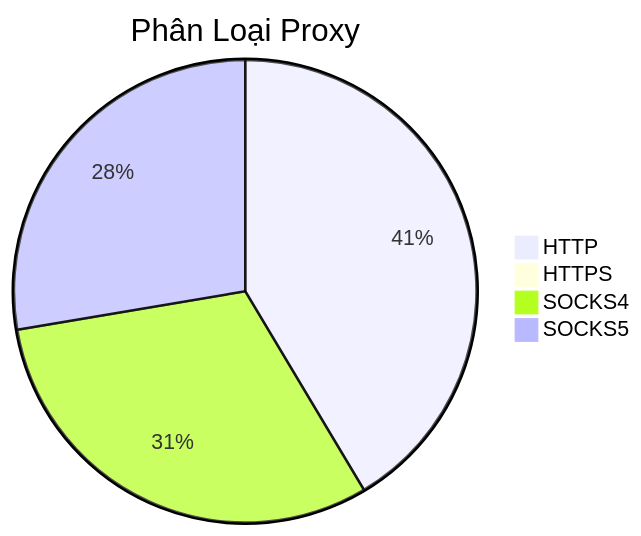
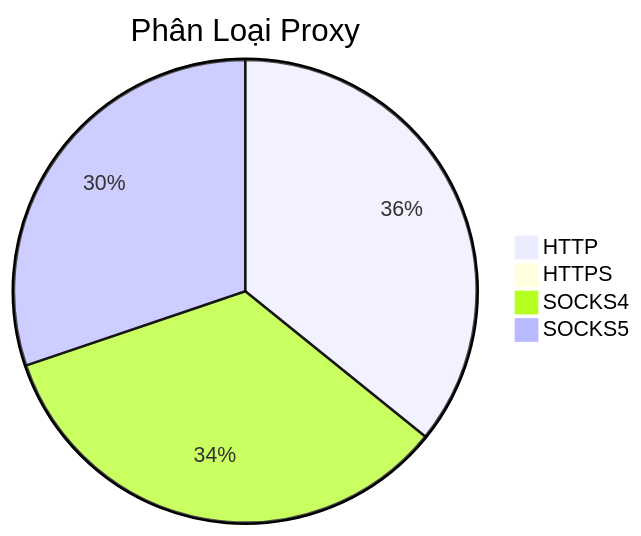
Before and after one commit to Ciara-12/PROXY-free: the diagram in README.md, drawn with Mermaid. The commit also changed other lines of this file and 4 other files, not shown here.

````diff
--- a/README.md
+++ b/README.md
@@ -26,7 +26,7 @@
 ```mermaid
 pie title Phân Loại Proxy
-    "HTTP" : 587
-    "HTTPS" : 2
-    "SOCKS4" : 438
-    "SOCKS5" : 392
+    "HTTP" : 453
+    "HTTPS" : 3
+    "SOCKS4" : 430
+    "SOCKS5" : 382
 ```
````
